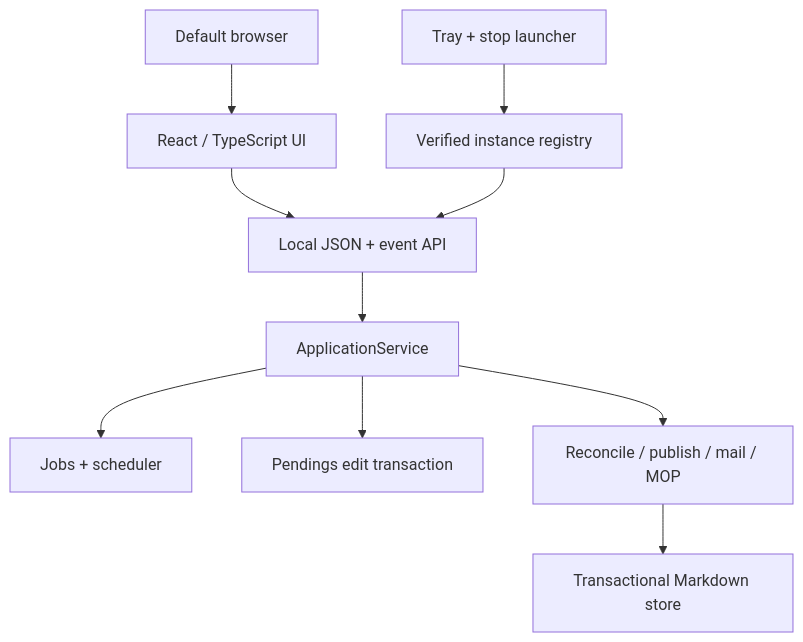
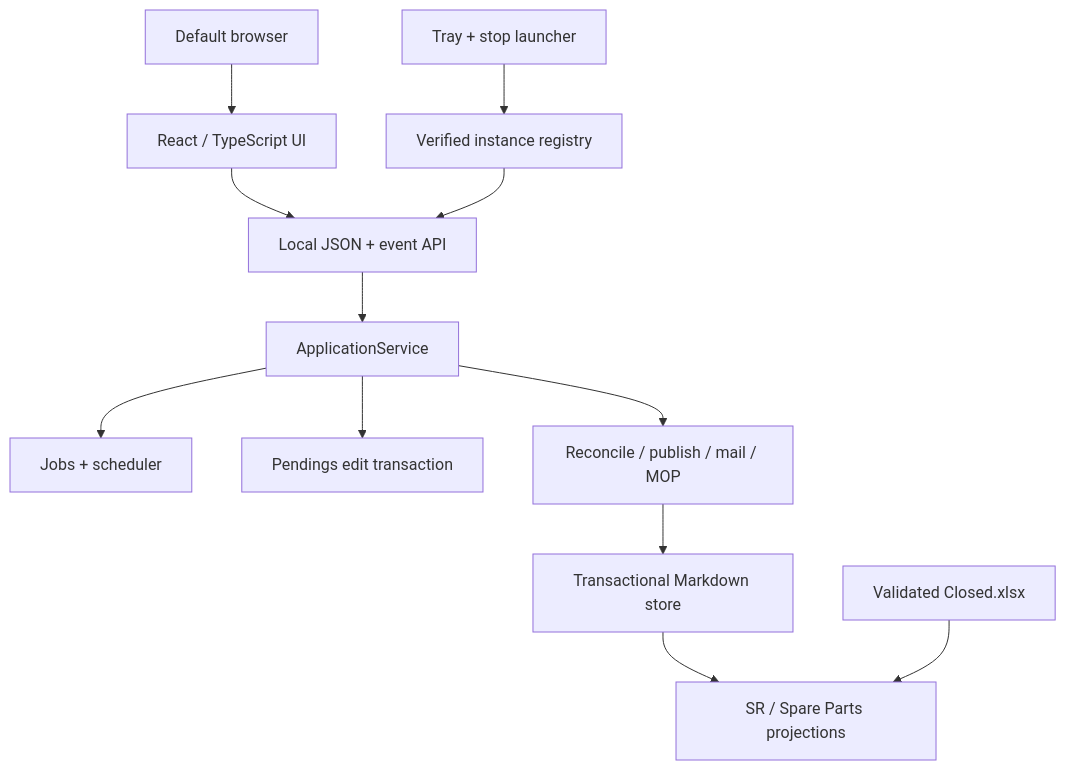
One commit to guidoduchi/zeus changed the diagram in docs/ARCHITECTURE.md. Above: the diagram before and after it, drawn with Mermaid. The commit also changed other lines of this file and 43 other files, not shown here.

First line of the commit message:
Add Zeus 3.1.0 spare-parts management

````diff
--- a/docs/ARCHITECTURE.md
+++ b/docs/ARCHITECTURE.md
@@ -5,12 +5,14 @@
 ```mermaid
 flowchart TD
     Browser["Default browser"] --> UI["React / TypeScript UI"]
     UI --> API["Local JSON + event API"]
     Runtime["Tray + stop launcher"] --> Registry["Verified instance registry"]
     Registry --> API
     API --> Service["ApplicationService"]
     Service --> Jobs["Jobs + scheduler"]
     Service --> Edit["Pendings edit transaction"]
     Service --> Core["Reconcile / publish / mail / MOP"]
     Core --> Store["Transactional Markdown store"]
+    Store --> Views["SR / Spare Parts projections"]
+    Closed["Validated Closed.xlsx"] --> Views
 ```
````
